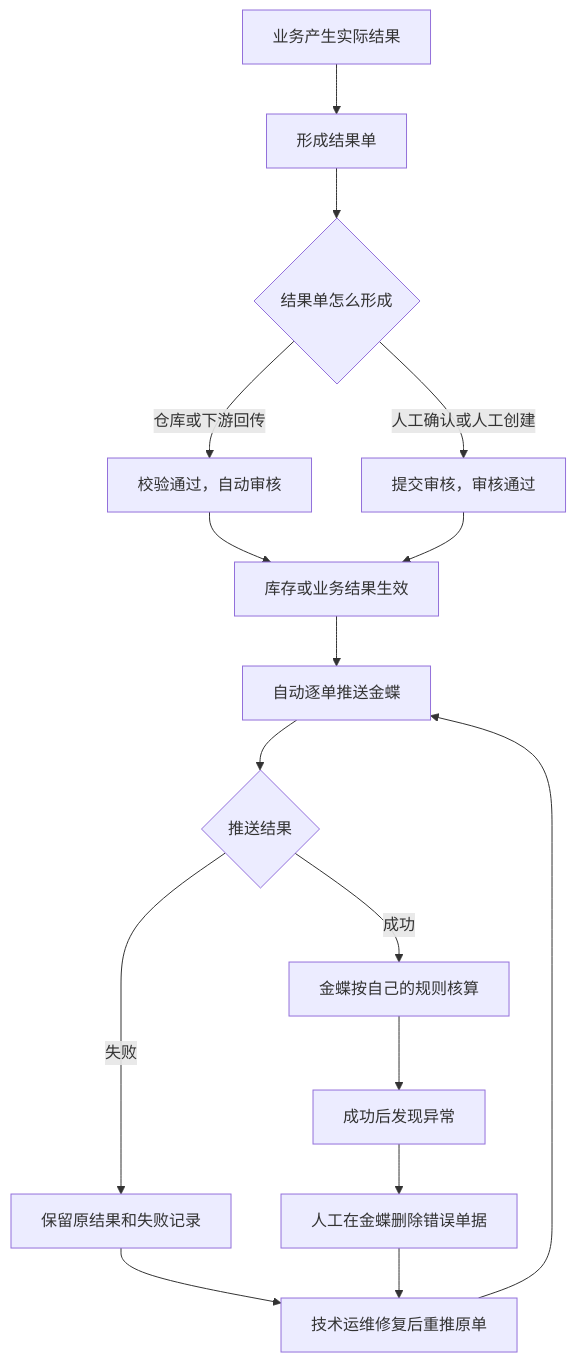
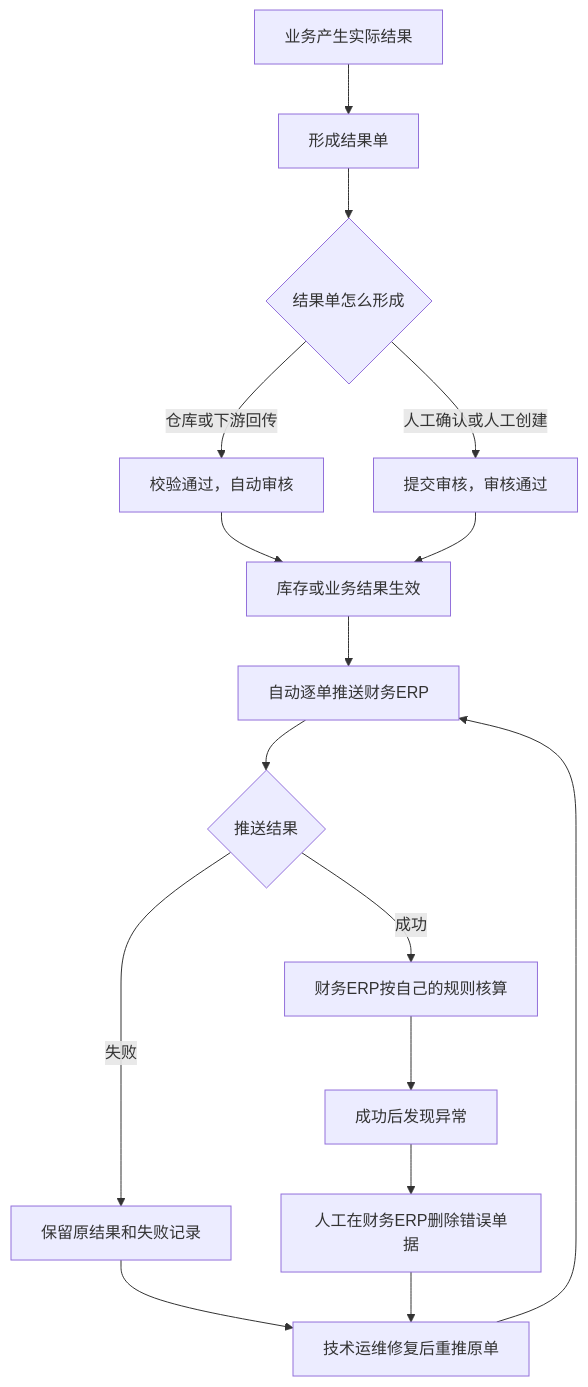
Before and after one commit to TopVitamin/QS-ERP-Project: the diagram in 03-业务分析和设计/06-结算与业财交接.md, drawn with Mermaid. The commit also changed other lines of this file and 354 other files, not shown here.

````diff
--- a/03-业务分析和设计/06-结算与业财交接.md
+++ b/03-业务分析和设计/06-结算与业财交接.md
@@ -77,18 +77,18 @@
 ```mermaid
 flowchart TB
     A[业务产生实际结果] --> B[形成结果单]
     B --> C{结果单怎么形成}
     C -->|仓库或下游回传| D[校验通过，自动审核]
     C -->|人工确认或人工创建| E[提交审核，审核通过]
     D --> F[库存或业务结果生效]
     E --> F
-    F --> G[自动逐单推送金蝶]
+    F --> G[自动逐单推送财务ERP]
     G --> H{推送结果}
-    H -->|成功| I[金蝶按自己的规则核算]
+    H -->|成功| I[财务ERP按自己的规则核算]
     H -->|失败| J[保留原结果和失败记录]
     J --> K[技术运维修复后重推原单]
     K --> G
     I --> L[成功后发现异常]
-    L --> M[人工在金蝶删除错误单据]
+    L --> M[人工在财务ERP删除错误单据]
     M --> K
 ```
````
